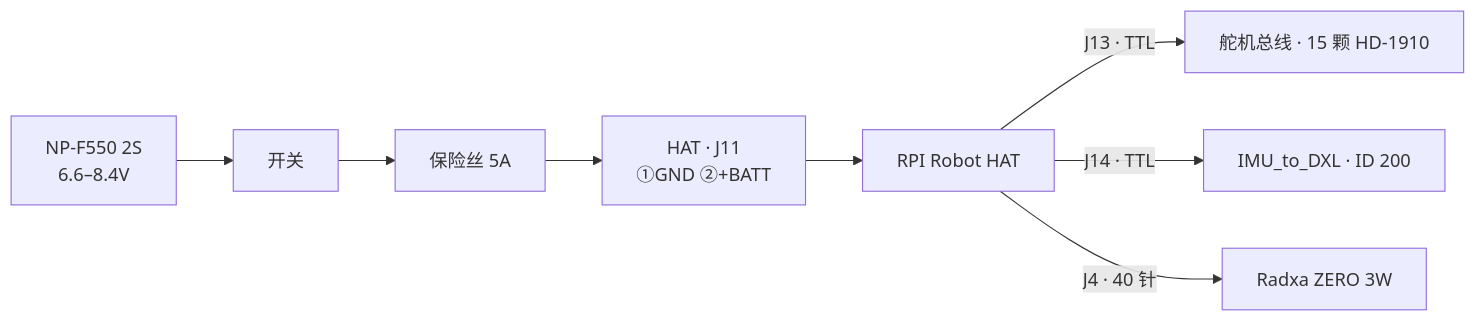
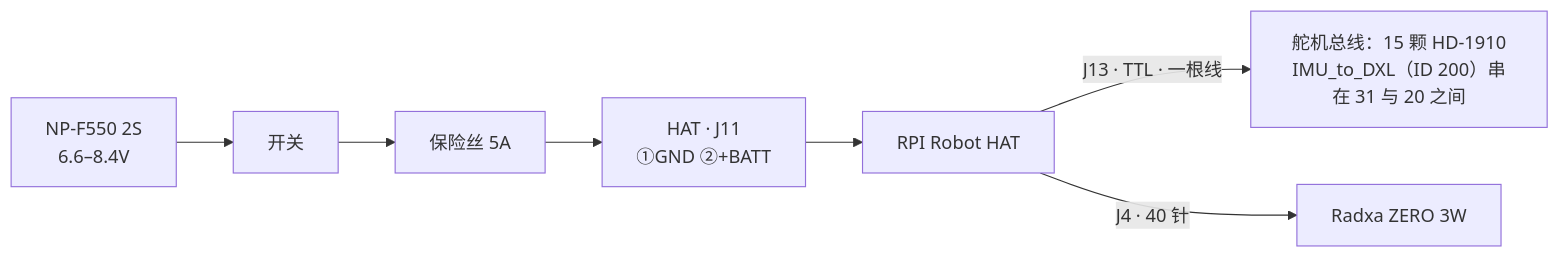
Before and after one commit to thundergrj/Lumimoon-Tech-RobotDuck: the diagram in docs/12_整机接线_电源与IMU.md, drawn with Mermaid. The commit also changed other lines of this file and 8 other files, not shown here.

````diff
--- a/docs/12_整机接线_电源与IMU.md
+++ b/docs/12_整机接线_电源与IMU.md
@@ -41,8 +41,7 @@
 ```mermaid
 flowchart LR
     BAT["NP-F550 2S<br/>6.6–8.4V"] --> SW[开关] --> FU["保险丝 5A"] --> J11["HAT · J11<br/>①GND ②+BATT"]
     J11 --> HAT["RPI Robot HAT"]
-    HAT -->|"J13 · TTL"| BUS["舵机总线 · 15 颗 HD-1910"]
-    HAT -->|"J14 · TTL"| IMU["IMU_to_DXL · ID 200"]
+    HAT -->|"J13 · TTL · 一根线"| BUS["舵机总线：15 颗 HD-1910<br/>IMU_to_DXL（ID 200）串在 31 与 20 之间"]
     HAT -->|"J4 · 40 针"| MCU["Radxa ZERO 3W"]
 ```
````
